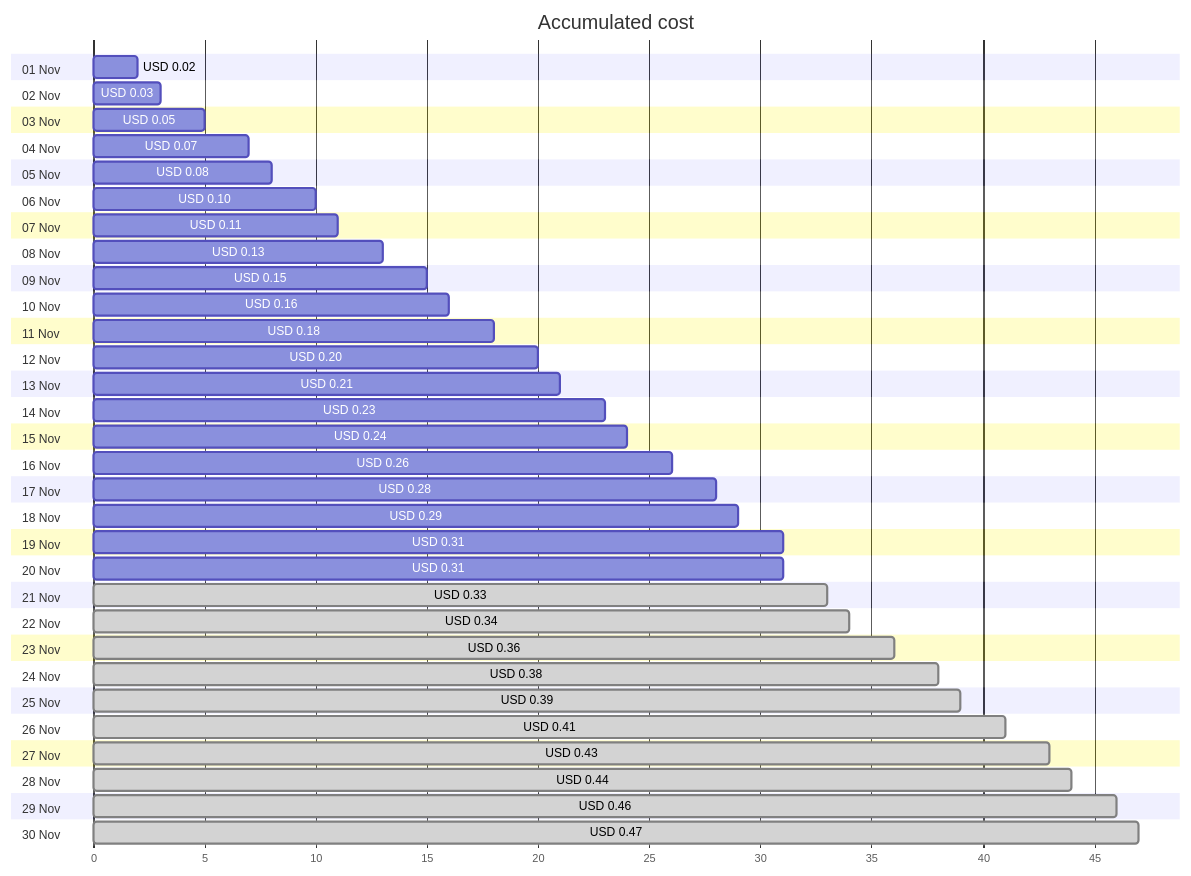
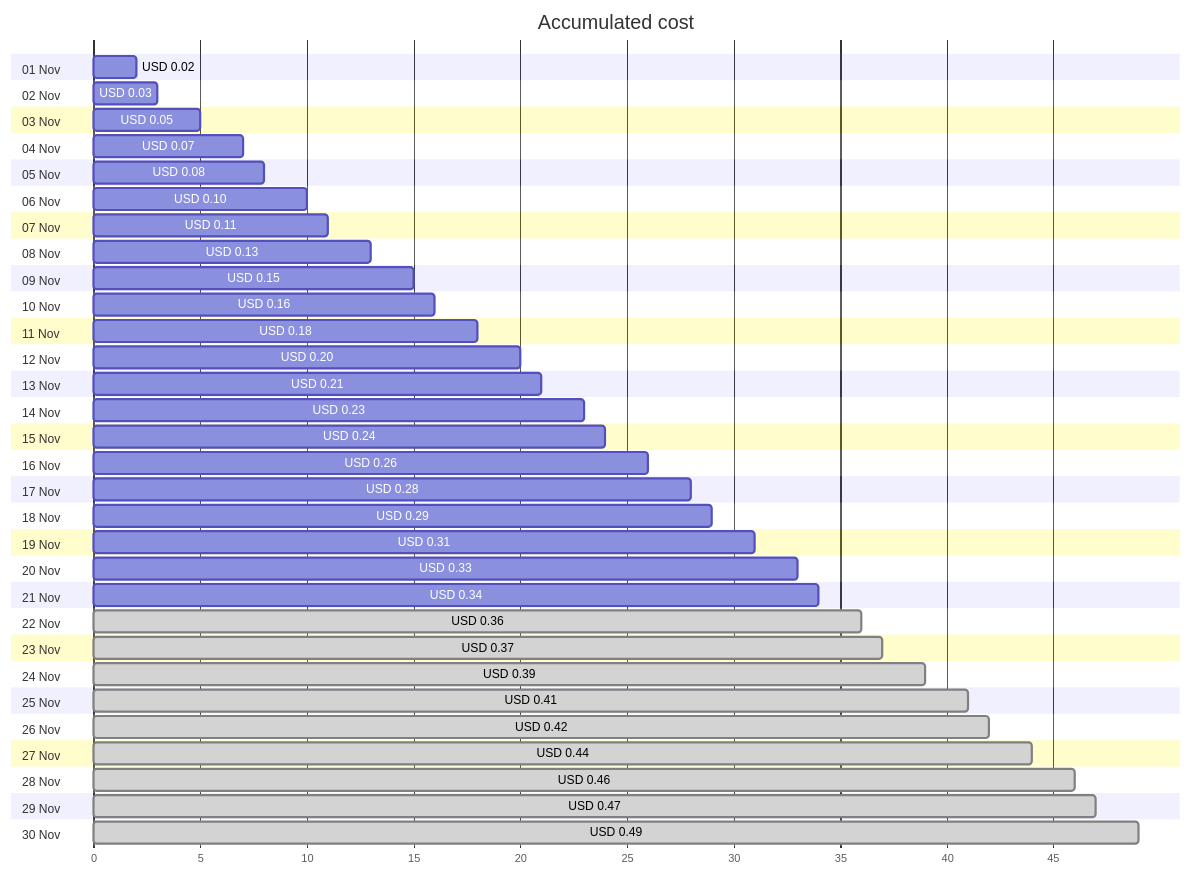
One commit to jpfulton/azure-personal-reports changed the first of 4 diagrams in cost-reports/personal-dns/jpatrickfulton.com.md. Above: the diagram before and after it, drawn with Mermaid. The commit also changed other lines of this file and 2 other files, not shown here.

````diff
--- a/cost-reports/personal-dns/jpatrickfulton.com.md
+++ b/cost-reports/personal-dns/jpatrickfulton.com.md
@@ -20,66 +20,66 @@
 ```mermaid
 gantt
    title Accumulated cost
    dateFormat  X
    axisFormat %s
    section 01 Nov
    USD 0.02 :0, 2
    section 02 Nov
    USD 0.03 :0, 3
    section 03 Nov
    USD 0.05 :0, 5
    section 04 Nov
    USD 0.07 :0, 7
    section 05 Nov
    USD 0.08 :0, 8
    section 06 Nov
    USD 0.10 :0, 10
    section 07 Nov
    USD 0.11 :0, 11
    section 08 Nov
    USD 0.13 :0, 13
    section 09 Nov
    USD 0.15 :0, 15
    section 10 Nov
    USD 0.16 :0, 16
    section 11 Nov
    USD 0.18 :0, 18
    section 12 Nov
    USD 0.20 :0, 20
    section 13 Nov
    USD 0.21 :0, 21
    section 14 Nov
    USD 0.23 :0, 23
    section 15 Nov
    USD 0.24 :0, 24
    section 16 Nov
    USD 0.26 :0, 26
    section 17 Nov
    USD 0.28 :0, 28
    section 18 Nov
    USD 0.29 :0, 29
    section 19 Nov
    USD 0.31 :0, 31
    section 20 Nov
-   USD 0.31 :0, 31
+   USD 0.33 :0, 33
    section 21 Nov
-   USD 0.33 : done, 0, 33
+   USD 0.34 :0, 34
    section 22 Nov
-   USD 0.34 : done, 0, 34
+   USD 0.36 : done, 0, 36
    section 23 Nov
-   USD 0.36 : done, 0, 36
+   USD 0.37 : done, 0, 37
    section 24 Nov
-   USD 0.38 : done, 0, 38
+   USD 0.39 : done, 0, 39
    section 25 Nov
-   USD 0.39 : done, 0, 39
+   USD 0.41 : done, 0, 41
    section 26 Nov
-   USD 0.41 : done, 0, 41
+   USD 0.42 : done, 0, 42
    section 27 Nov
-   USD 0.43 : done, 0, 43
+   USD 0.44 : done, 0, 44
    section 28 Nov
-   USD 0.44 : done, 0, 44
+   USD 0.46 : done, 0, 46
    section 29 Nov
-   USD 0.46 : done, 0, 46
+   USD 0.47 : done, 0, 47
    section 30 Nov
-   USD 0.47 : done, 0, 47
+   USD 0.49 : done, 0, 49
 ```
````
